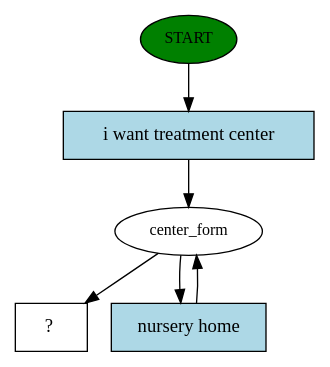
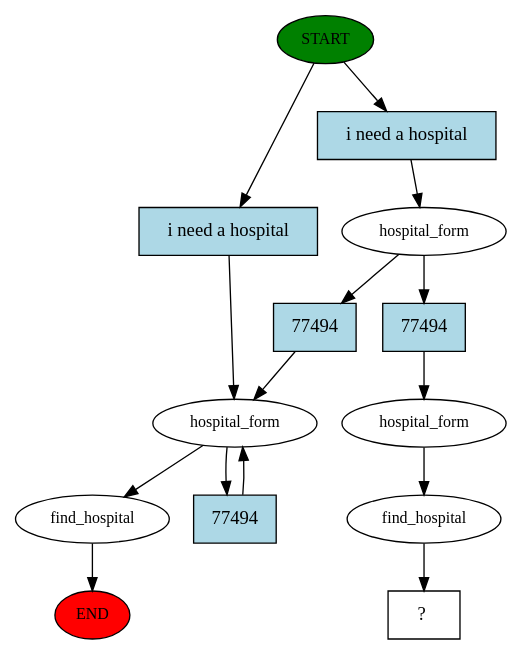
The diagram in story_graph.dot (RasaHQ/medicare_locator), drawn with Graphviz before and after one commit. The commit also changed 36 other files, not shown here.

```diff
--- a/story_graph.dot
+++ b/story_graph.dot
@@ -1,12 +1,29 @@
 digraph  {
 0 [label=START, fillcolor=green, style=filled, fontsize=12, class="start active"];
-1 [label=center_form, fontsize=12, class=active];
-4 [label="  ?  ", shape=rect, class="intent dashed active"];
-5 [label="i want treatment center", shape=rect, style=filled, fillcolor=lightblue, class="intent active"];
-6 [label="nursery home", shape=rect, style=filled, fillcolor=lightblue, class="intent active"];
-0 -> 5  [key=0, class=active];
-1 -> 4  [key=NONE, label="", class=active];
-1 -> 6  [key=0, class=active];
-5 -> 1  [key=0, class=active];
-6 -> 1  [key=0, class=active];
+"-1" [label=END, fillcolor=red, style=filled, fontsize=12, class=end];
+1 [label=hospital_form, fontsize=12, class=""];
+3 [label=find_hospital, fontsize=12, class=""];
+7 [label=hospital_form, fontsize=12, class=active];
+11 [label=hospital_form, fontsize=12, class=active];
+12 [label=find_hospital, fontsize=12, class=active];
+13 [label="  ?  ", shape=rect, class="intent dashed active"];
+14 [label="i need a hospital", shape=rect, style=filled, fillcolor=lightblue, class=intent];
+15 [label="i need a hospital", shape=rect, style=filled, fillcolor=lightblue, class="intent active"];
+16 [label=77494, shape=rect, style=filled, fillcolor=lightblue, class=intent];
+17 [label=77494, shape=rect, style=filled, fillcolor=lightblue, class="intent active"];
+18 [label=77494, shape=rect, style=filled, fillcolor=lightblue, class=intent];
+0 -> 14  [key=0, class=""];
+0 -> 15  [key=0, class=active];
+1 -> 3  [key=NONE, label="", class=""];
+1 -> 16  [key=0, class=""];
+3 -> "-1"  [key=NONE, label="", class=""];
+7 -> 17  [key=0, class=active];
+7 -> 18  [key=0, class=""];
+11 -> 12  [key=NONE, label="", class=active];
+12 -> 13  [key=NONE, label="", class=active];
+14 -> 1  [key=0, class=""];
+15 -> 7  [key=0, class=active];
+16 -> 1  [key=0, class=""];
+17 -> 11  [key=0, class=active];
+18 -> 1  [key=0, class=""];
 }
```
